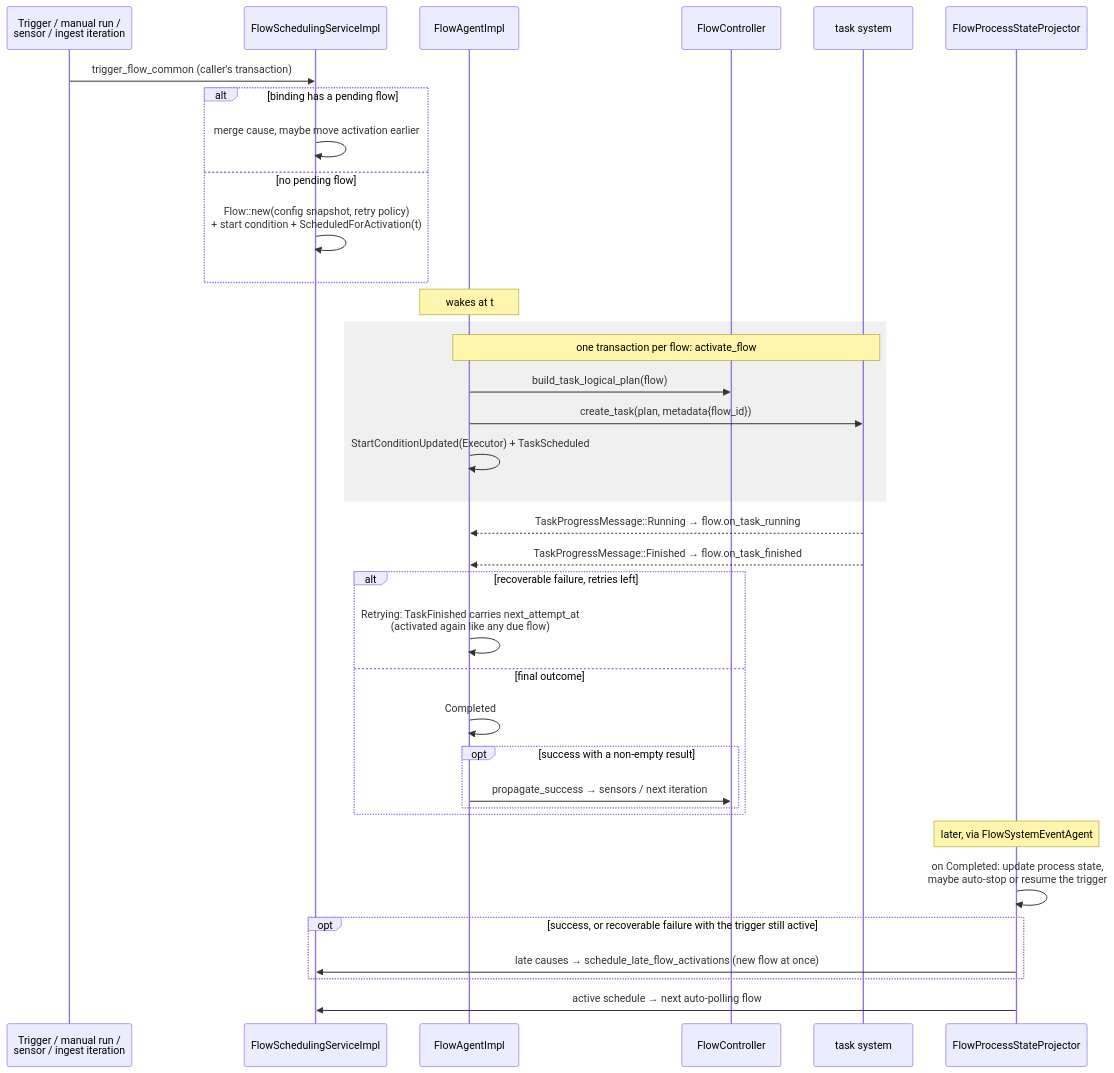
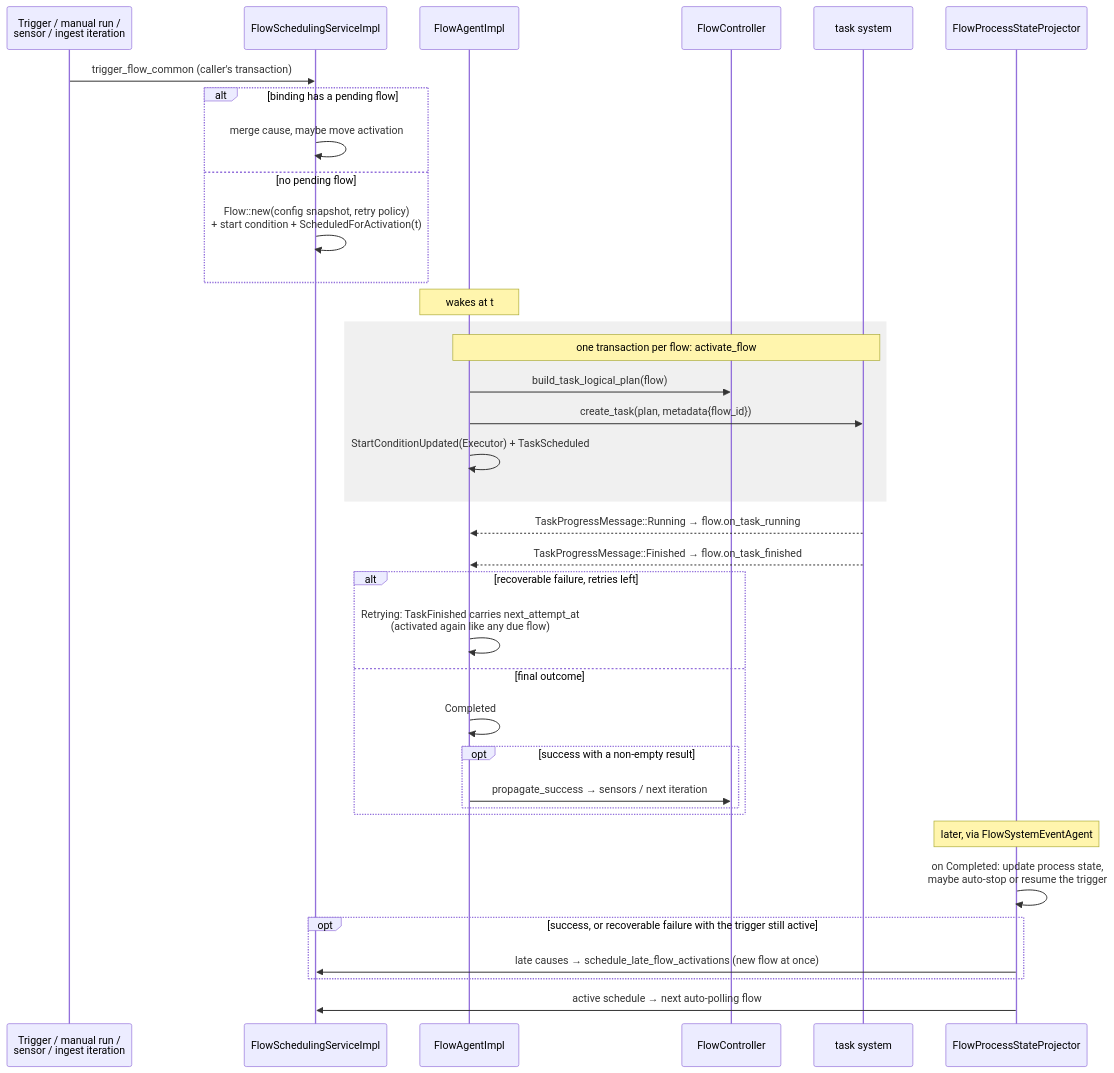
The third of 6 diagrams in docs/internal/flow-system.md (kamu-data/kamu-cli), drawn with Mermaid before and after one commit. The commit also changed other lines of this file and 41 other files, not shown here.

First line of the commit message:
Flows: apply configuration and trigger changes to pending flows (#1722)

````diff
--- a/docs/internal/flow-system.md
+++ b/docs/internal/flow-system.md
@@ -257,42 +258,42 @@
 ```mermaid
 sequenceDiagram
     participant SRC as Trigger / manual run /<br/>sensor / ingest iteration
     participant SCH as FlowSchedulingServiceImpl
     participant FA as FlowAgentImpl
     participant C as FlowController
     participant TS as task system
     participant PR as FlowProcessStateProjector
 
     SRC->>SCH: trigger_flow_common (caller's transaction)
     alt binding has a pending flow
-        SCH->>SCH: merge cause, maybe move activation earlier
+        SCH->>SCH: merge cause, maybe move activation
     else no pending flow
         SCH->>SCH: Flow::new(config snapshot, retry policy)<br/>+ start condition + ScheduledForActivation(t)
     end
 
     note over FA: wakes at t
     rect rgba(128, 128, 128, 0.12)
         note over FA,TS: one transaction per flow: activate_flow
         FA->>C: build_task_logical_plan(flow)
         FA->>TS: create_task(plan, metadata{flow_id})
         FA->>FA: StartConditionUpdated(Executor) + TaskScheduled
     end
 
     TS-->>FA: TaskProgressMessage::Running → flow.on_task_running
     TS-->>FA: TaskProgressMessage::Finished → flow.on_task_finished
     alt recoverable failure, retries left
         FA->>FA: Retrying: TaskFinished carries next_attempt_at<br/>(activated again like any due flow)
     else final outcome
         FA->>FA: Completed
         opt success with a non-empty result
             FA->>C: propagate_success → sensors / next iteration
         end
     end
 
     note over PR: later, via FlowSystemEventAgent
     PR->>PR: on Completed: update process state,<br/>maybe auto-stop or resume the trigger
     opt success, or recoverable failure with the trigger still active
         PR->>SCH: late causes → schedule_late_flow_activations (new flow at once)
     end
     PR->>SCH: active schedule → next auto-polling flow
 ```
````
